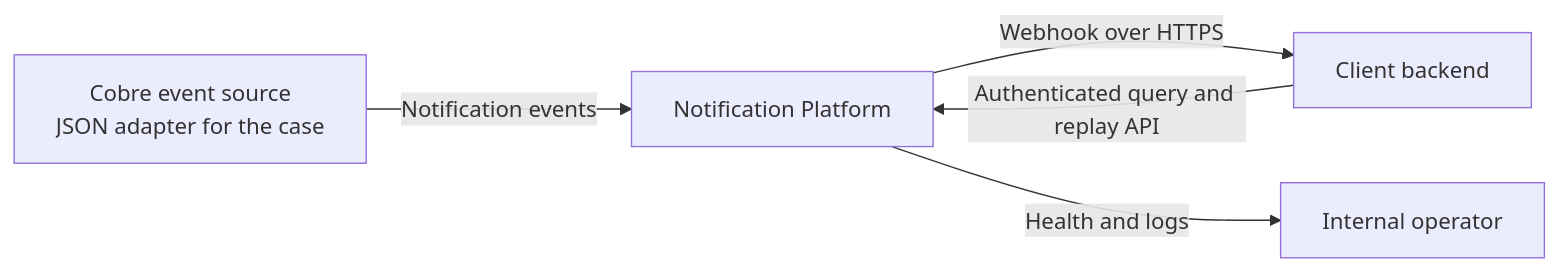
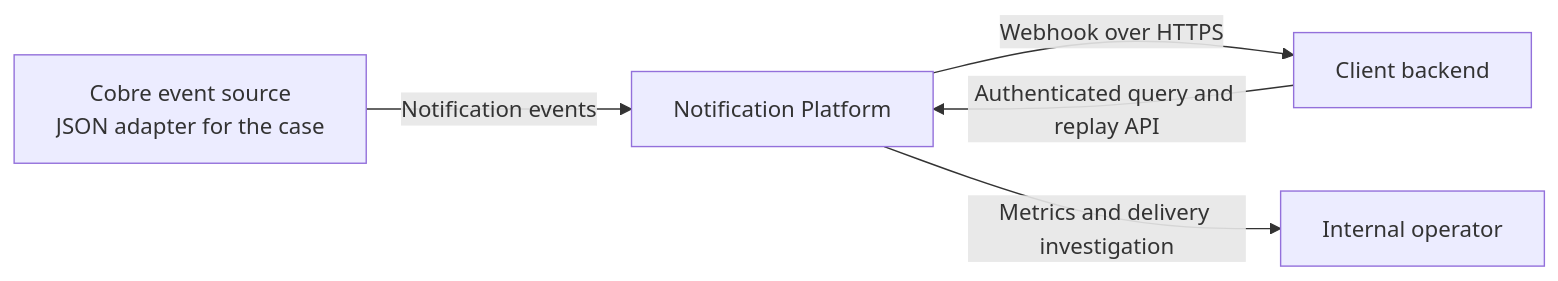
One commit to agnunezv/cobre-notifications-case changed the first of 3 diagrams in docs/architecture-baseline.md. Above: the diagram before and after it, drawn with Mermaid. The commit also changed other lines of this file and 13 other files, not shown here.

````diff
--- a/docs/architecture-baseline.md
+++ b/docs/architecture-baseline.md
@@ -29,12 +32,12 @@
 ```mermaid
 flowchart LR
     source["Cobre event source<br/>JSON adapter for the case"]
     platform["Notification Platform"]
     client["Client backend"]
     operator["Internal operator"]
 
     source -->|Notification events| platform
     client -->|Authenticated query and replay API| platform
     platform -->|Webhook over HTTPS| client
-    platform -->|Health and logs| operator
+    platform -->|Metrics and delivery investigation| operator
 ```
````
